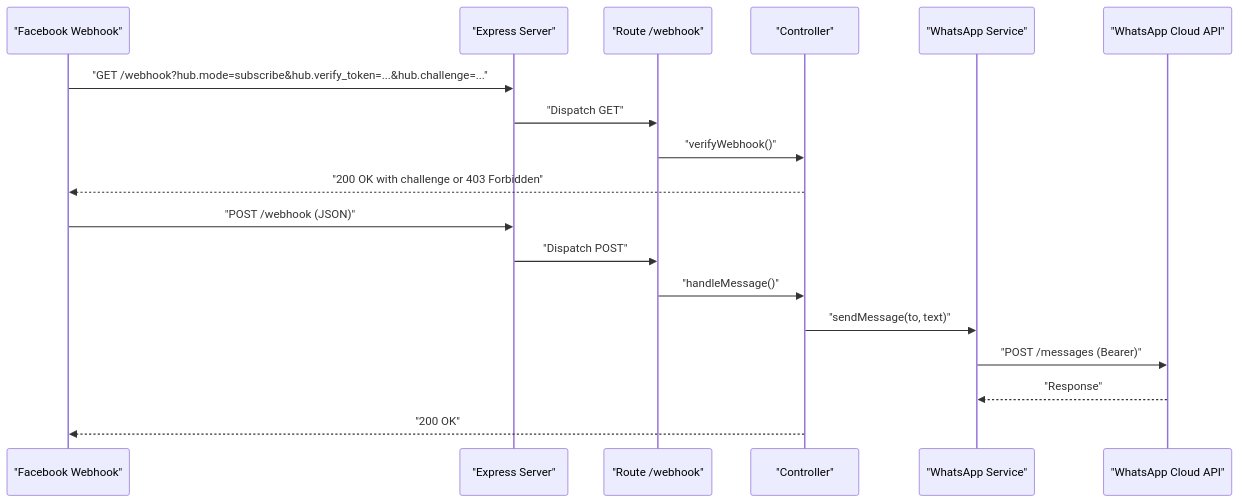
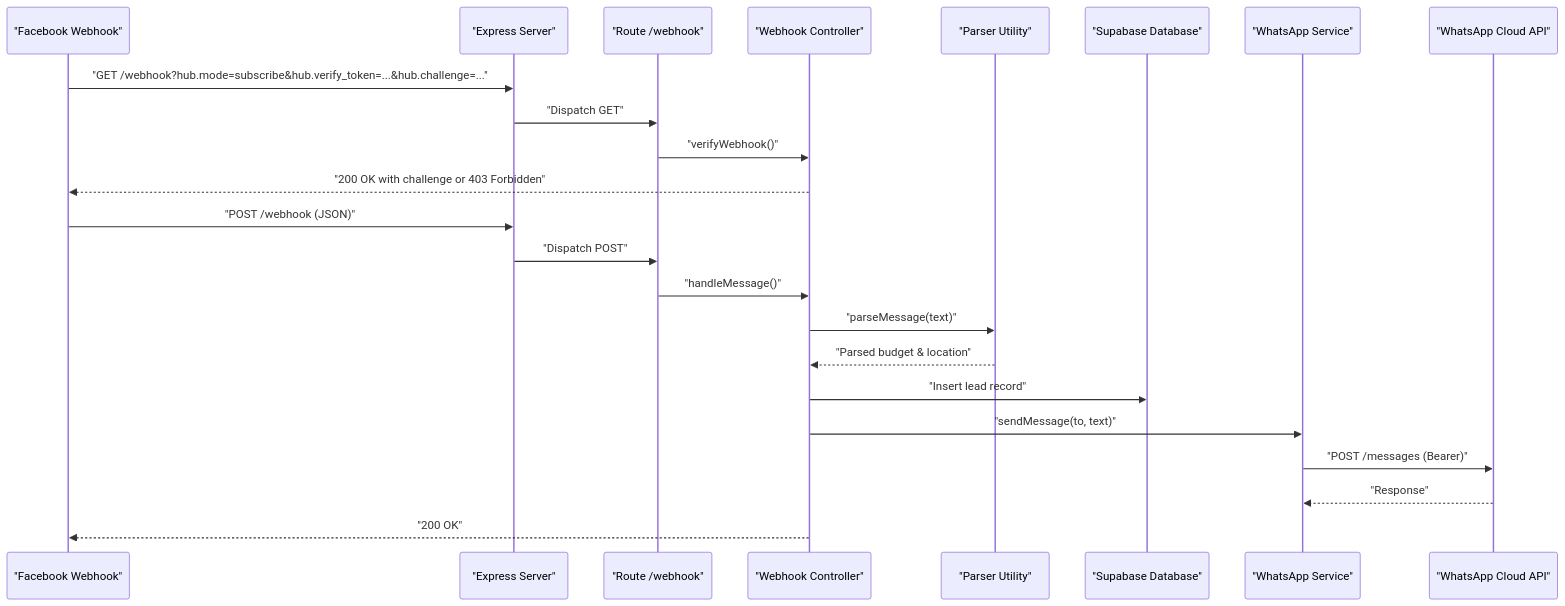
The second of 3 diagrams in .qoder/repowiki/en/content/API Reference.md (hariom-wdsadhunik/SaaS-Project), drawn with Mermaid before and after one commit. The commit also changed other lines of this file and 13 other files, not shown here.

````diff
--- a/.qoder/repowiki/en/content/API Reference.md
+++ b/.qoder/repowiki/en/content/API Reference.md
@@ -77,20 +128,25 @@
 ```mermaid
 sequenceDiagram
 participant FB as "Facebook Webhook"
 participant Srv as "Express Server"
-participant R as "Route /webhook"
-participant C as "Controller"
-participant W as "WhatsApp Service"
+participant RWebhook as "Route /webhook"
+participant CWebhook as "Webhook Controller"
+participant Parser as "Parser Utility"
+participant DB as "Supabase Database"
+participant SWA as "WhatsApp Service"
 participant WA as "WhatsApp Cloud API"
 FB->>Srv : "GET /webhook?hub.mode=subscribe&hub.verify_token=...&hub.challenge=..."
-Srv->>R : "Dispatch GET"
-R->>C : "verifyWebhook()"
-C-->>FB : "200 OK with challenge or 403 Forbidden"
+Srv->>RWebhook : "Dispatch GET"
+RWebhook->>CWebhook : "verifyWebhook()"
+CWebhook-->>FB : "200 OK with challenge or 403 Forbidden"
 FB->>Srv : "POST /webhook (JSON)"
-Srv->>R : "Dispatch POST"
-R->>C : "handleMessage()"
-C->>W : "sendMessage(to, text)"
-W->>WA : "POST /messages (Bearer)"
-WA-->>W : "Response"
-C-->>FB : "200 OK"
+Srv->>RWebhook : "Dispatch POST"
+RWebhook->>CWebhook : "handleMessage()"
+CWebhook->>Parser : "parseMessage(text)"
+Parser-->>CWebhook : "Parsed budget & location"
+CWebhook->>DB : "Insert lead record"
+CWebhook->>SWA : "sendMessage(to, text)"
+SWA->>WA : "POST /messages (Bearer)"
+WA-->>SWA : "Response"
+CWebhook-->>FB : "200 OK"
 ```
````
